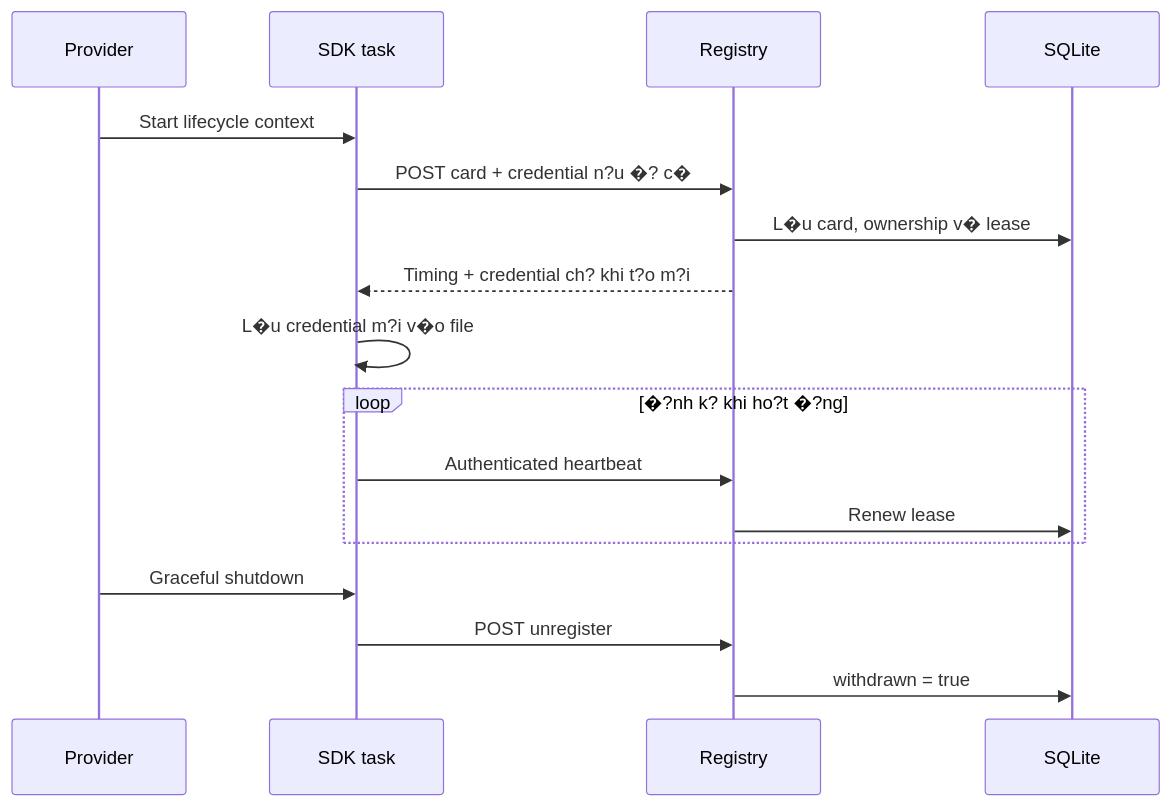
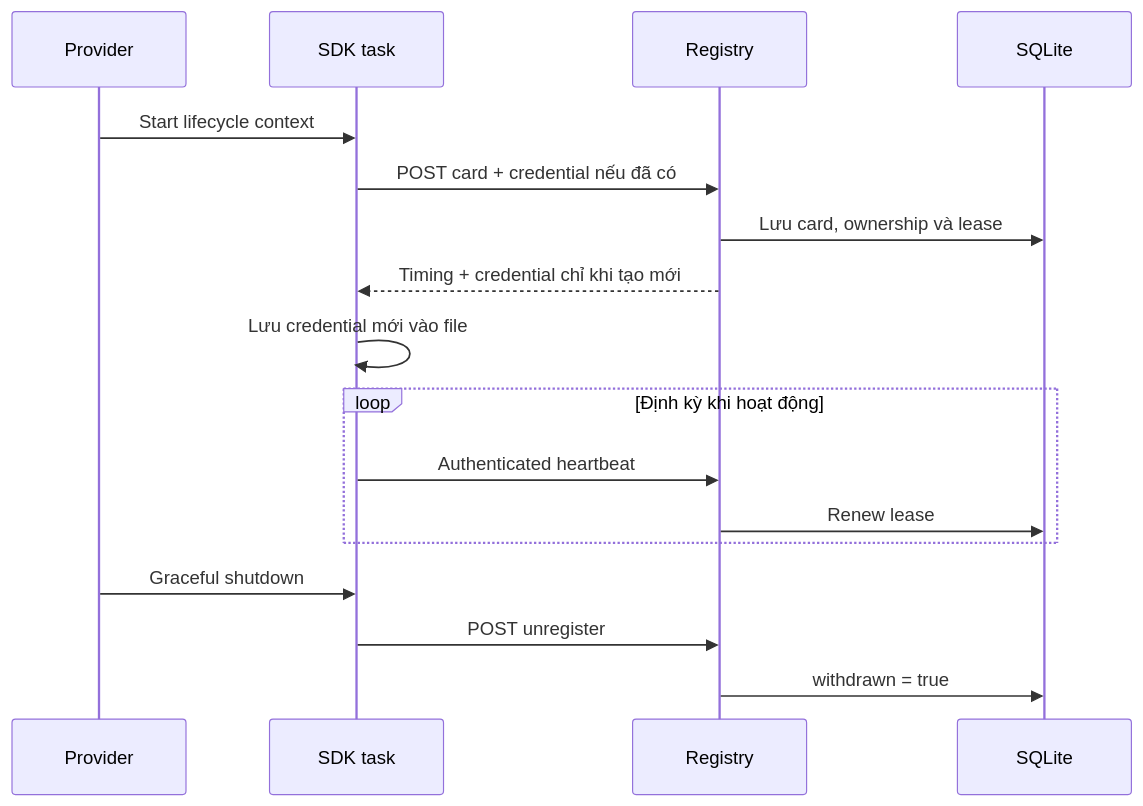
The second of 4 diagrams in docs/architecture.md (HPHind110/agent-registry), drawn with Mermaid before and after one commit. The commit also changed other lines of this file and 5 other files, not shown here.

````diff
--- a/docs/architecture.md
+++ b/docs/architecture.md
@@ -75,19 +75,19 @@
 ```mermaid
 sequenceDiagram
     participant P as Provider
     participant S as SDK task
     participant R as Registry
     participant D as SQLite
     P->>S: Start lifecycle context
-    S->>R: POST card + credential n?u �? c�
-    R->>D: L�u card, ownership v� lease
-    R-->>S: Timing + credential ch? khi t?o m?i
-    S->>S: L�u credential m?i v�o file
-    loop �?nh k? khi ho?t �?ng
+    S->>R: POST card + credential nếu đã có
+    R->>D: Lưu card, ownership và lease
+    R-->>S: Timing + credential chỉ khi tạo mới
+    S->>S: Lưu credential mới vào file
+    loop Định kỳ khi hoạt động
         S->>R: Authenticated heartbeat
         R->>D: Renew lease
     end
     P->>S: Graceful shutdown
     S->>R: POST unregister
     R->>D: withdrawn = true
 ```
````
